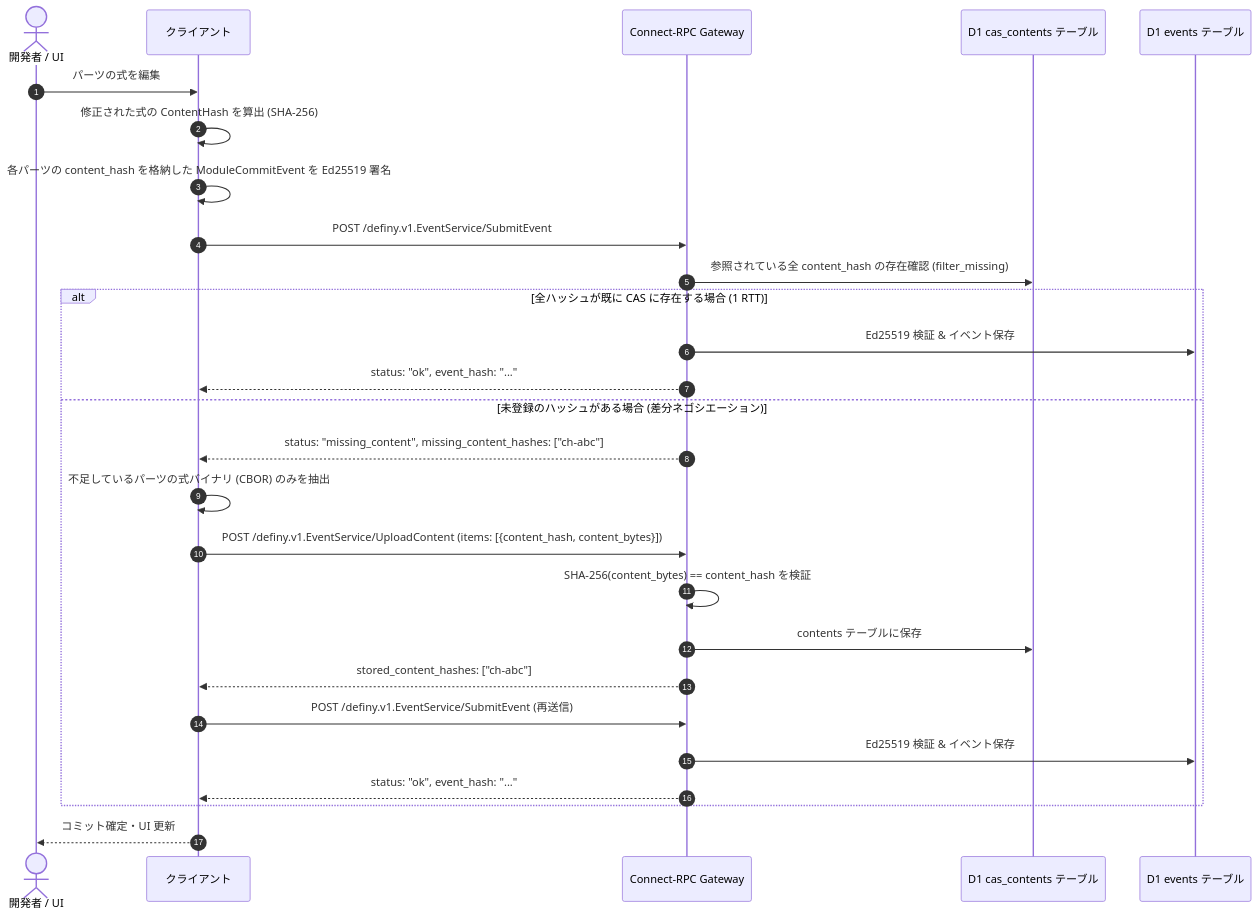
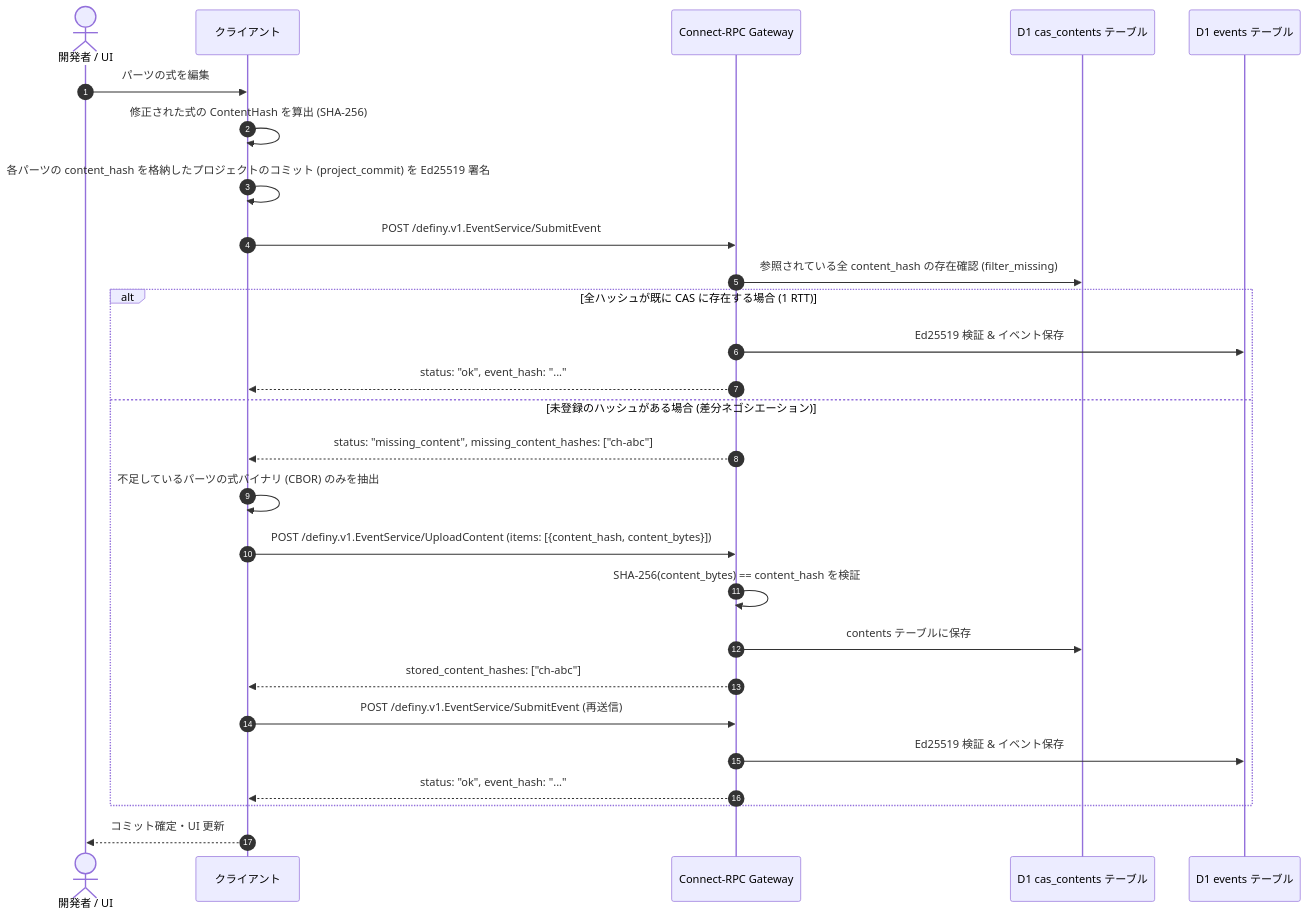
Before and after one commit to narumincho/definy: the second of 2 diagrams in docs/content-addressed.md, drawn with Mermaid. The commit also changed other lines of this file and 75 other files, not shown here.

````diff
--- a/docs/content-addressed.md
+++ b/docs/content-addressed.md
@@ -243,30 +248,30 @@
 ```mermaid
 sequenceDiagram
     autonumber
     actor User as 開発者 / UI
     participant Client as クライアント
     participant Gateway as Connect-RPC Gateway
     participant CAS as D1 cas_contents テーブル
     participant DB as D1 events テーブル
 
     User->>Client: パーツの式を編集
     Client->>Client: 修正された式の ContentHash を算出 (SHA-256)
-    Client->>Client: 各パーツの content_hash を格納した ModuleCommitEvent を Ed25519 署名
+    Client->>Client: 各パーツの content_hash を格納したプロジェクトのコミット (project_commit) を Ed25519 署名
     Client->>Gateway: POST /definy.v1.EventService/SubmitEvent
     Gateway->>CAS: 参照されている全 content_hash の存在確認 (filter_missing)
     alt 全ハッシュが既に CAS に存在する場合 (1 RTT)
         Gateway->>DB: Ed25519 検証 & イベント保存
         Gateway-->>Client: status: "ok", event_hash: "..."
     else 未登録のハッシュがある場合 (差分ネゴシエーション)
         Gateway-->>Client: status: "missing_content", missing_content_hashes: ["ch-abc"]
         Client->>Client: 不足しているパーツの式バイナリ (CBOR) のみを抽出
         Client->>Gateway: POST /definy.v1.EventService/UploadContent (items: [{content_hash, content_bytes}])
         Gateway->>Gateway: SHA-256(content_bytes) == content_hash を検証
         Gateway->>CAS: contents テーブルに保存
         Gateway-->>Client: stored_content_hashes: ["ch-abc"]
         Client->>Gateway: POST /definy.v1.EventService/SubmitEvent (再送信)
         Gateway->>DB: Ed25519 検証 & イベント保存
         Gateway-->>Client: status: "ok", event_hash: "..."
     end
     Client-->>User: コミット確定・UI 更新
 ```
````
